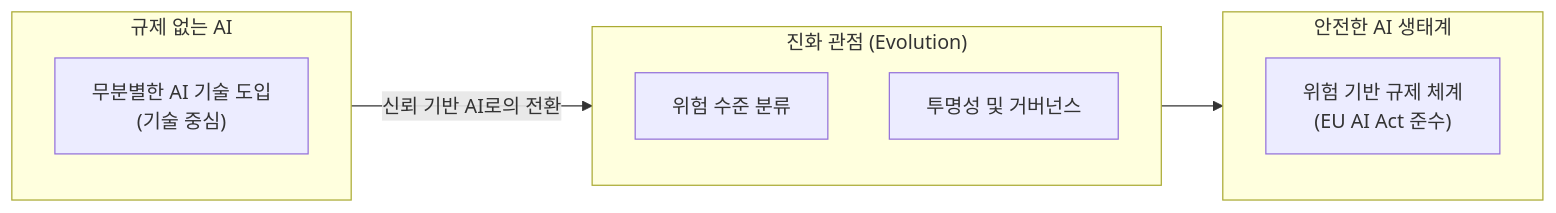
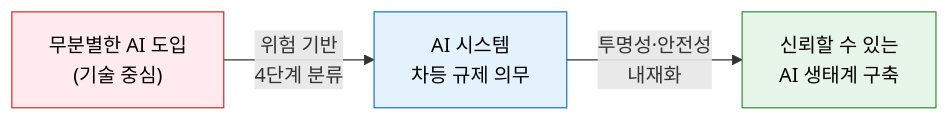
One commit to jeonck/fw-thinking changed the first of 3 diagrams in docs/07-data-ai-governance/eu-ai-act.md. Above: the diagram before and after it, drawn with Mermaid. The commit also changed other lines of this file, not shown here.

Commit message:
EU AI Act 문서 전면 재작성 - 4단계 위험 분류 및 고위험 준수 요건

````diff
--- a/docs/07-data-ai-governance/eu-ai-act.md
+++ b/docs/07-data-ai-governance/eu-ai-act.md
@@ -19,19 +11,8 @@
 ```mermaid
 flowchart LR
-    subgraph A["규제 없는 AI "]
-        A1["무분별한 AI 기술 도입<br/>(기술 중심)"]
-    end
+    A["무분별한 AI 도입<br/>(기술 중심)"] --"위험 기반<br/>4단계 분류"--> B["AI 시스템<br/>차등 규제 의무"] --"투명성·안전성<br/>내재화"--> C["신뢰할 수 있는<br/>AI 생태계 구축"]
 
-    subgraph TRANS["진화 관점 (Evolution)"]
-        direction TB
-        T1["위험 수준 분류"]
-        T2["투명성 및 거버넌스"]
-    end
-
-    subgraph B["안전한 AI 생태계 "]
-        B1["위험 기반 규제 체계<br/>(EU AI Act 준수)"]
-    end
-
-    A -- "신뢰 기반 AI로의 전환" --> TRANS
-    TRANS --> B
+    style A fill:#FFEBEE,stroke:#D32F2F,color:#000
+    style B fill:#E3F2FD,stroke:#1976D2,color:#000
+    style C fill:#E8F5E9,stroke:#388E3C,color:#000
 ```
````
